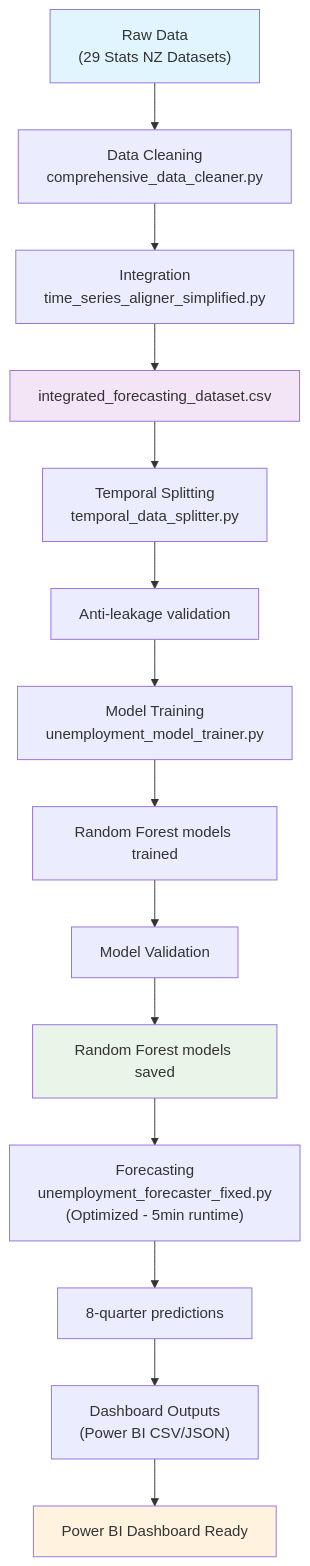
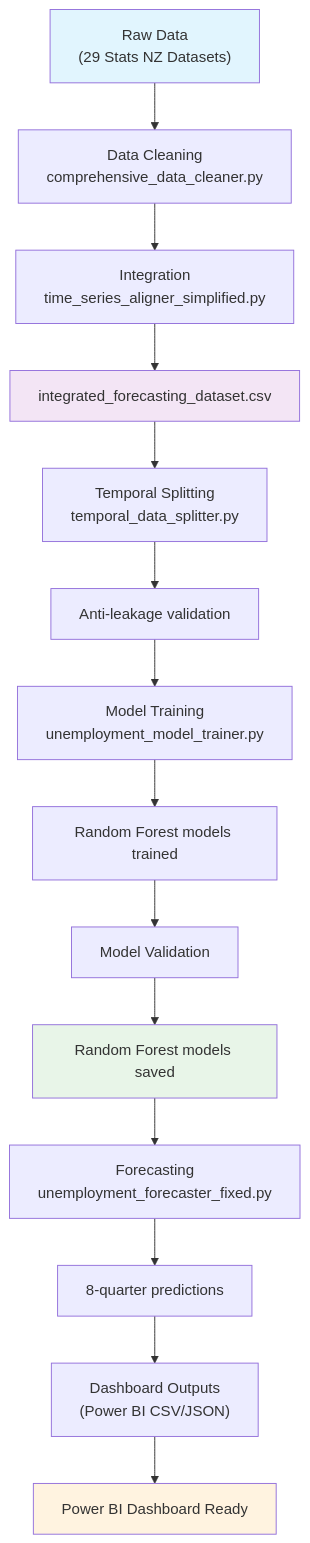
The diagram in README.md (CalebFrums/JRKI-Capstone-Project), drawn with Mermaid before and after one commit. The commit also changed other lines of this file, not shown here.

````diff
--- a/README.md
+++ b/README.md
@@ -38,21 +38,21 @@
 ```mermaid
 flowchart TD
     A["Raw Data<br/>(29 Stats NZ Datasets)"] --> B["Data Cleaning<br/>comprehensive_data_cleaner.py"]
     B --> C["Integration<br/>time_series_aligner_simplified.py"]
     C --> D["integrated_forecasting_dataset.csv"]
     D --> E["Temporal Splitting<br/>temporal_data_splitter.py"]
     E --> F["Anti-leakage validation"]
     F --> G["Model Training<br/>unemployment_model_trainer.py"]
     G --> H["Random Forest models trained"]
     H --> I["Model Validation"]
     I --> J["Random Forest models saved"]
-    J --> K["Forecasting<br/>unemployment_forecaster_fixed.py<br/>(Optimized - 5min runtime)"]
+    J --> K["Forecasting<br/>unemployment_forecaster_fixed.py<br/>"]
     K --> L["8-quarter predictions"]
     L --> M["Dashboard Outputs<br/>(Power BI CSV/JSON)"]
     M --> N["Power BI Dashboard Ready"]
     
     style A fill:#e1f5fe
     style D fill:#f3e5f5
     style J fill:#e8f5e8
     style N fill:#fff3e0
 ```
````
